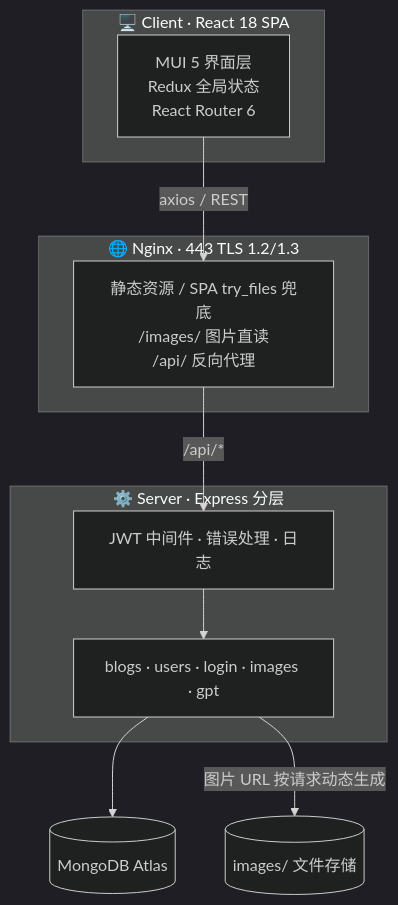
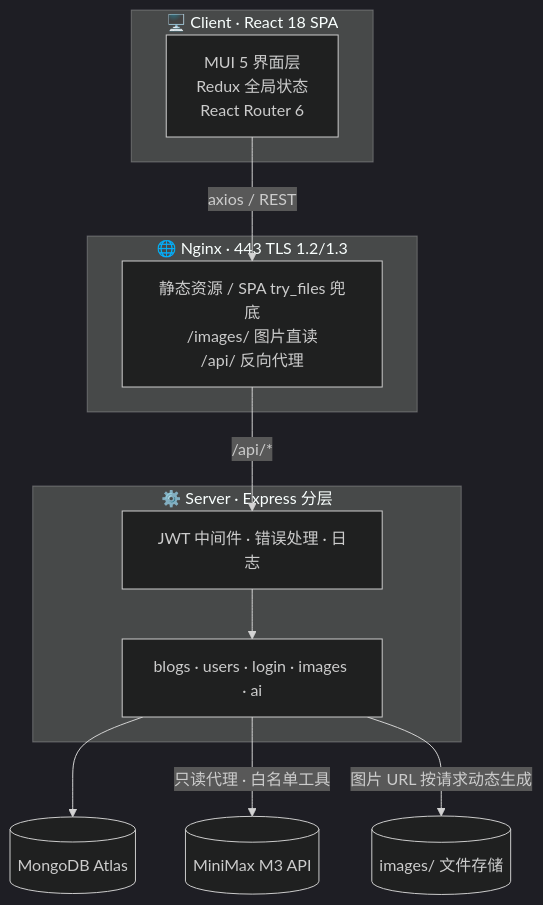
The diagram in README.md (Cappuccino-y/Isil-Blog), drawn with Mermaid (dark theme) before and after one commit. The commit also changed other lines of this file and 58 other files, not shown here.

````diff
--- a/README.md
+++ b/README.md
@@ -43,21 +43,23 @@
 ```mermaid
 flowchart TB
     subgraph client["🖥️ Client · React 18 SPA"]
         UI["MUI 5 界面层<br/>Redux 全局状态<br/>React Router 6"]
     end
     subgraph edge["🌐 Nginx · 443 TLS 1.2/1.3"]
         NG["静态资源 / SPA try_files 兜底<br/>/images/ 图片直读<br/>/api/ 反向代理"]
     end
     subgraph server["⚙️ Server · Express 分层"]
         MW["JWT 中间件 · 错误处理 · 日志"]
-        API["blogs · users · login · images · gpt"]
+        API["blogs · users · login · images · ai"]
     end
     DB[("MongoDB Atlas")]
+    MM[("MiniMax M3 API")]
     FS[("images/ 文件存储")]
 
     UI -- "axios / REST" --> NG
     NG -- "/api/*" --> MW
     MW --> API
     API --> DB
+    API -- "只读代理 · 白名单工具" --> MM
     API -- "图片 URL 按请求动态生成" --> FS
 ```
````
